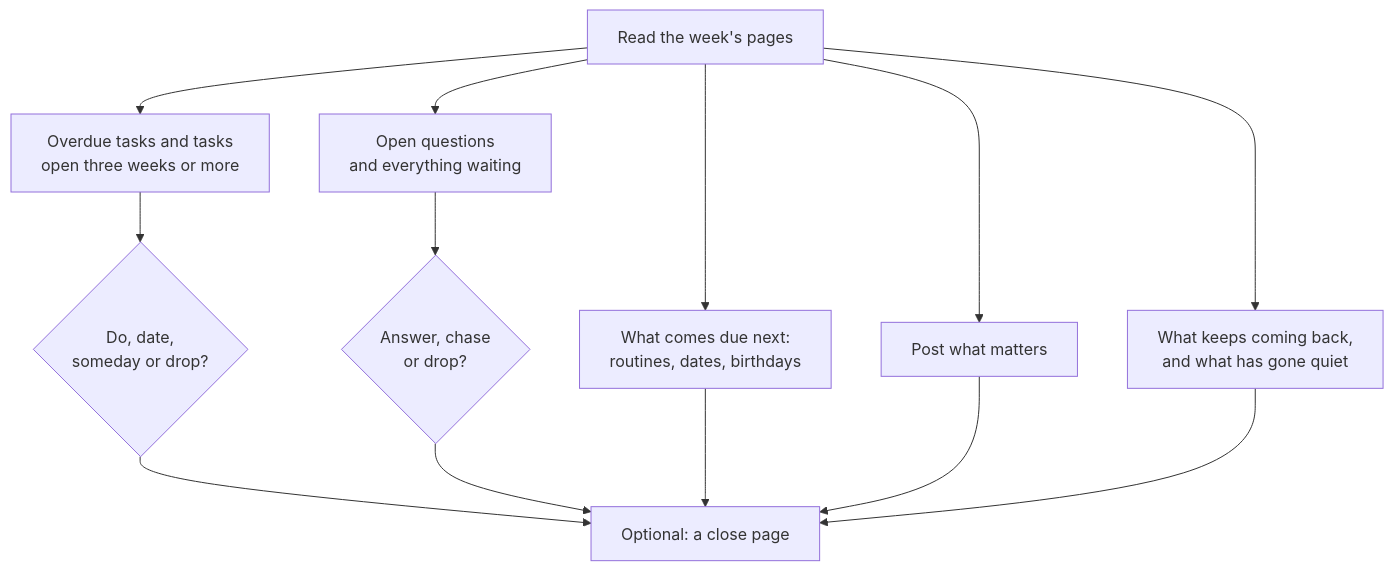
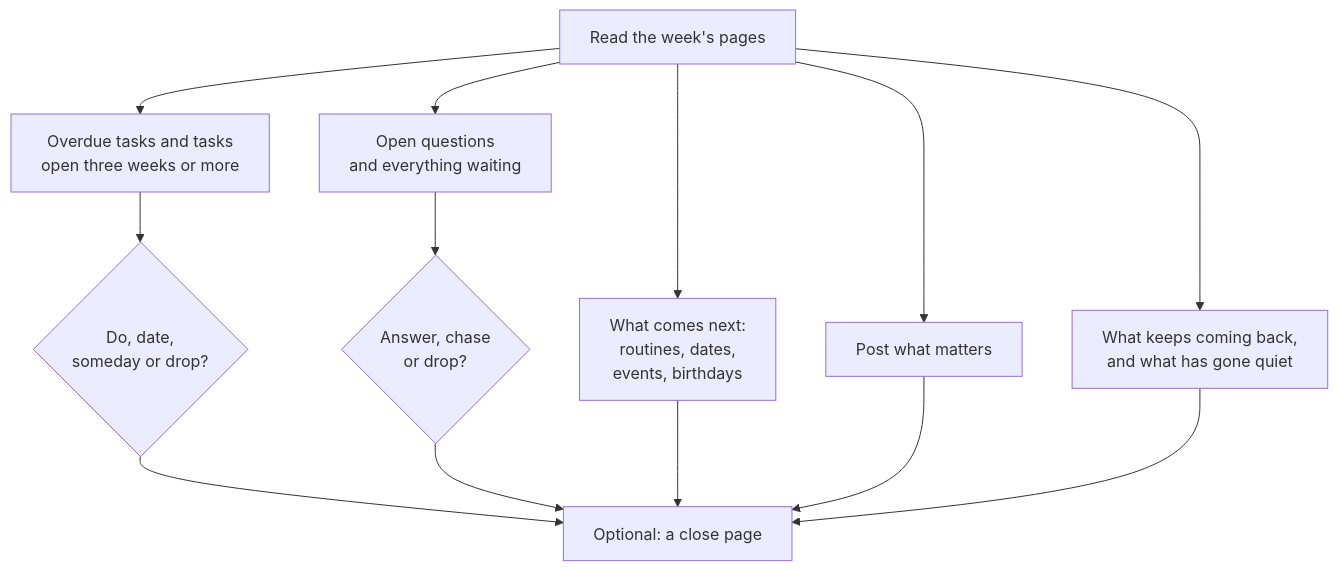
Before and after one commit to Zejnilovic/scripts-pkms: the third of 4 diagrams in docs/method.md, drawn with Mermaid. The commit also changed other lines of this file and 32 other files, not shown here.

````diff
--- a/docs/method.md
+++ b/docs/method.md
@@ -254,15 +279,15 @@
 ```mermaid
 flowchart TD
   R["Read the week's pages"] --> T["Overdue tasks and tasks<br/>open three weeks or more"]
   T --> D{"Do, date,<br/>someday or drop?"}
   R --> Q["Open questions<br/>and everything waiting"]
   Q --> A{"Answer, chase<br/>or drop?"}
-  R --> U["What comes due next:<br/>routines, dates, birthdays"]
+  R --> U["What comes next:<br/>routines, dates,<br/>events, birthdays"]
   R --> P["Post what matters"]
   R --> N["What keeps coming back,<br/>and what has gone quiet"]
   D --> W["Optional: a close page"]
   A --> W
   U --> W
   P --> W
   N --> W
 ```
````
